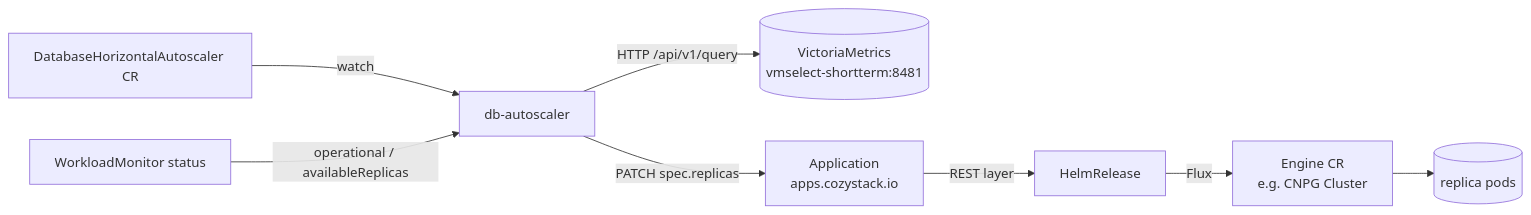
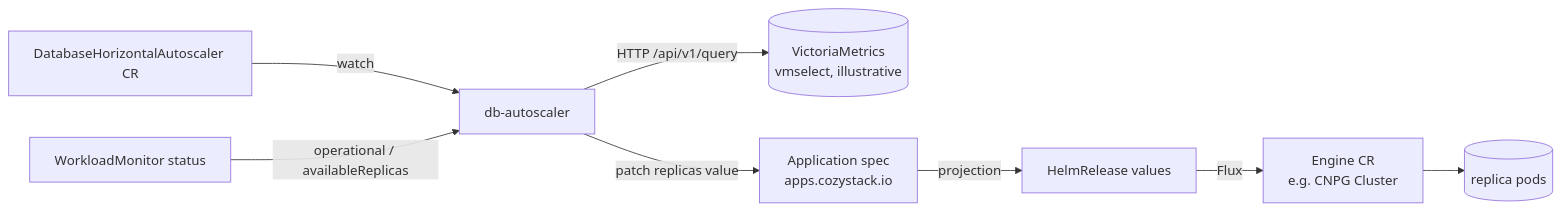
The diagram in design-proposals/database-horizontal-autoscaling/README.md (cozystack/community), drawn with Mermaid before and after one commit. The commit also changed other lines of this file, not shown here.

First line of the commit message:
Address review: replica model, quorum floor, CustomQuery, ownership

````diff
--- a/design-proposals/database-horizontal-autoscaling/README.md
+++ b/design-proposals/database-horizontal-autoscaling/README.md
@@ -56,10 +66,10 @@
 ```mermaid
 flowchart LR
     DHA[DatabaseHorizontalAutoscaler CR] -- watch --> OP[db-autoscaler]
-    OP -- HTTP /api/v1/query --> VM[(VictoriaMetrics<br/>vmselect-shortterm:8481)]
+    OP -- HTTP /api/v1/query --> VM[(VictoriaMetrics<br/>vmselect, illustrative)]
     WM[WorkloadMonitor status] -- operational / availableReplicas --> OP
-    OP -- PATCH spec.replicas --> APP[Application<br/>apps.cozystack.io]
-    APP -- REST layer --> HR[HelmRelease]
+    OP -- patch replicas value --> APP[Application spec<br/>apps.cozystack.io]
+    APP -- projection --> HR[HelmRelease values]
     HR -- Flux --> CR[Engine CR<br/>e.g. CNPG Cluster]
     CR --> PODS[(replica pods)]
 ```
````
